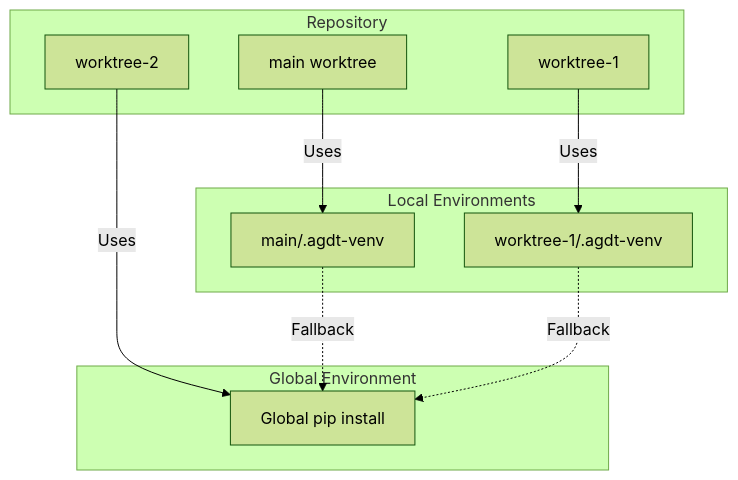
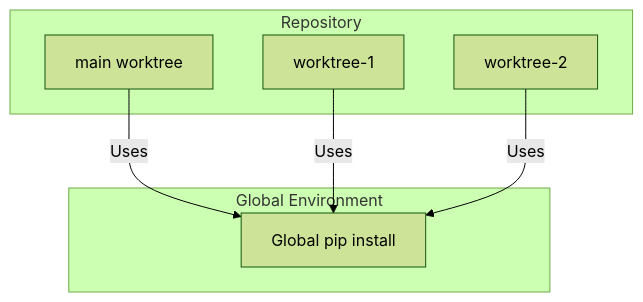
Before and after one commit to ayaiayorg/agentic-devtools: the fifth of 5 diagrams in docs/03-system-context.md, drawn with Mermaid (forest theme). The commit also changed 17 other files, not shown here.

Commit message:
Remove dispatcher pattern, smart venv detection, and install_agentic_devtools from worktree_setup

````diff
--- a/docs/03-system-context.md
+++ b/docs/03-system-context.md
@@ -188,24 +188,16 @@
 ```mermaid
 graph TB
     subgraph "Global Environment"
         Global[Global pip install]
     end
     
     subgraph "Repository"
         Main[main worktree]
         WT1[worktree-1]
         WT2[worktree-2]
     end
     
-    subgraph "Local Environments"
-        MainVenv[main/.agdt-venv]
-        WT1Venv[worktree-1/.agdt-venv]
-    end
-    
-    Main -->|Uses| MainVenv
-    WT1 -->|Uses| WT1Venv
+    Main -->|Uses| Global
+    WT1 -->|Uses| Global
     WT2 -->|Uses| Global
-    
-    MainVenv -.->|Fallback| Global
-    WT1Venv -.->|Fallback| Global
 ```
````
